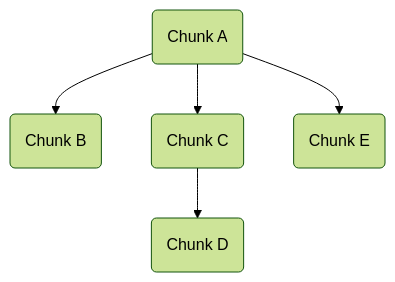
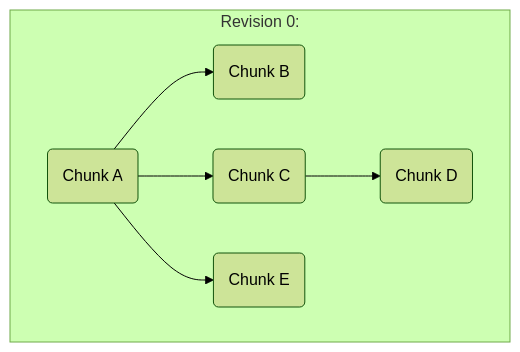
One commit to microsoft/FluidFramework changed the fourth of 26 diagrams in packages/dds/tree/docs/wip/treeStorage.md. Above: the diagram before and after it, drawn with Mermaid (forest theme). The commit also changed other lines of this file, not shown here.

````diff
--- a/packages/dds/tree/docs/wip/treeStorage.md
+++ b/packages/dds/tree/docs/wip/treeStorage.md
@@ -109,12 +113,14 @@
 ```mermaid
 graph TD;
-    A(Chunk A)
-    B(Chunk B)
-    C(Chunk C)
-    D(Chunk D)
-    E(Chunk E)
-    A-->B
-    A-->C
-    A-->E
-    C-->D
+    subgraph Revision 0:
+        A(Chunk A)
+        B(Chunk B)
+        C(Chunk C)
+        D(Chunk D)
+        E(Chunk E)
+        A-->B
+        A-->C
+        A-->E
+        C-->D
+    end
 ```
````
